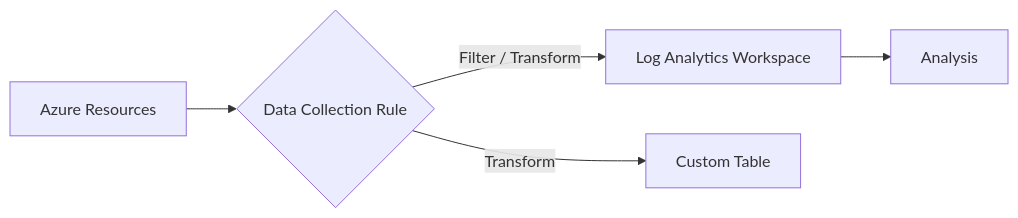
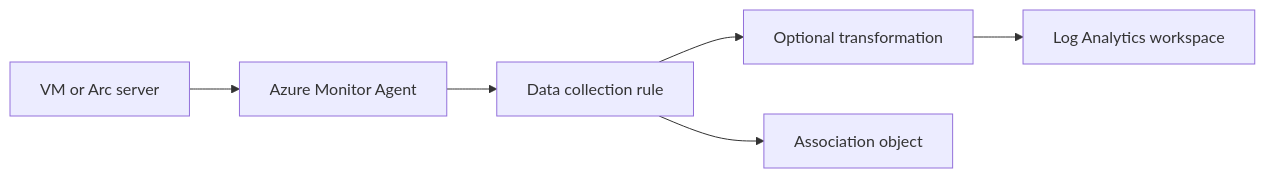
The diagram in docs/operations/data-collection-rules-ops.md (yeongseon/azure-monitoring-practical-guide), drawn with Mermaid before and after one commit. The commit also changed other lines of this file and 50 other files, not shown here.

````diff
--- a/docs/operations/data-collection-rules-ops.md
+++ b/docs/operations/data-collection-rules-ops.md
@@ -5,7 +3,8 @@
 ```mermaid
-graph LR
-    A[Azure Resources] --> B{Data Collection Rule}
-    B -- Filter / Transform --> C[Log Analytics Workspace]
-    B -- Transform --> D[Custom Table]
-    C --> E[Analysis]
+flowchart LR
+    Source[VM or Arc server] --> AMA[Azure Monitor Agent]
+    AMA --> DCR[Data collection rule]
+    DCR --> Transform[Optional transformation]
+    Transform --> Destination[Log Analytics workspace]
+    DCR --> Association[Association object]
 ```
````
